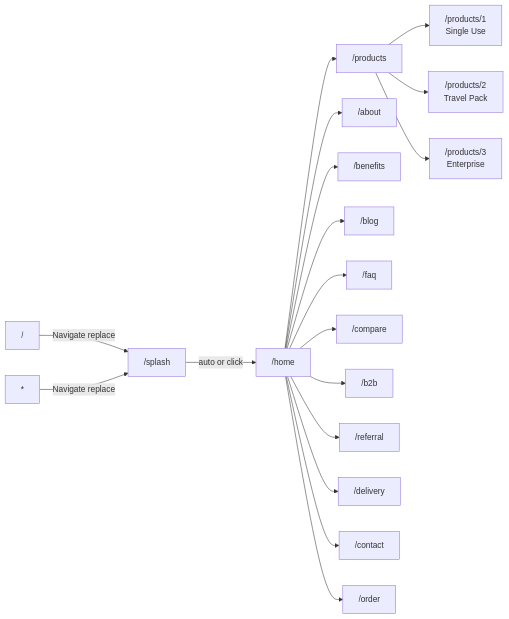
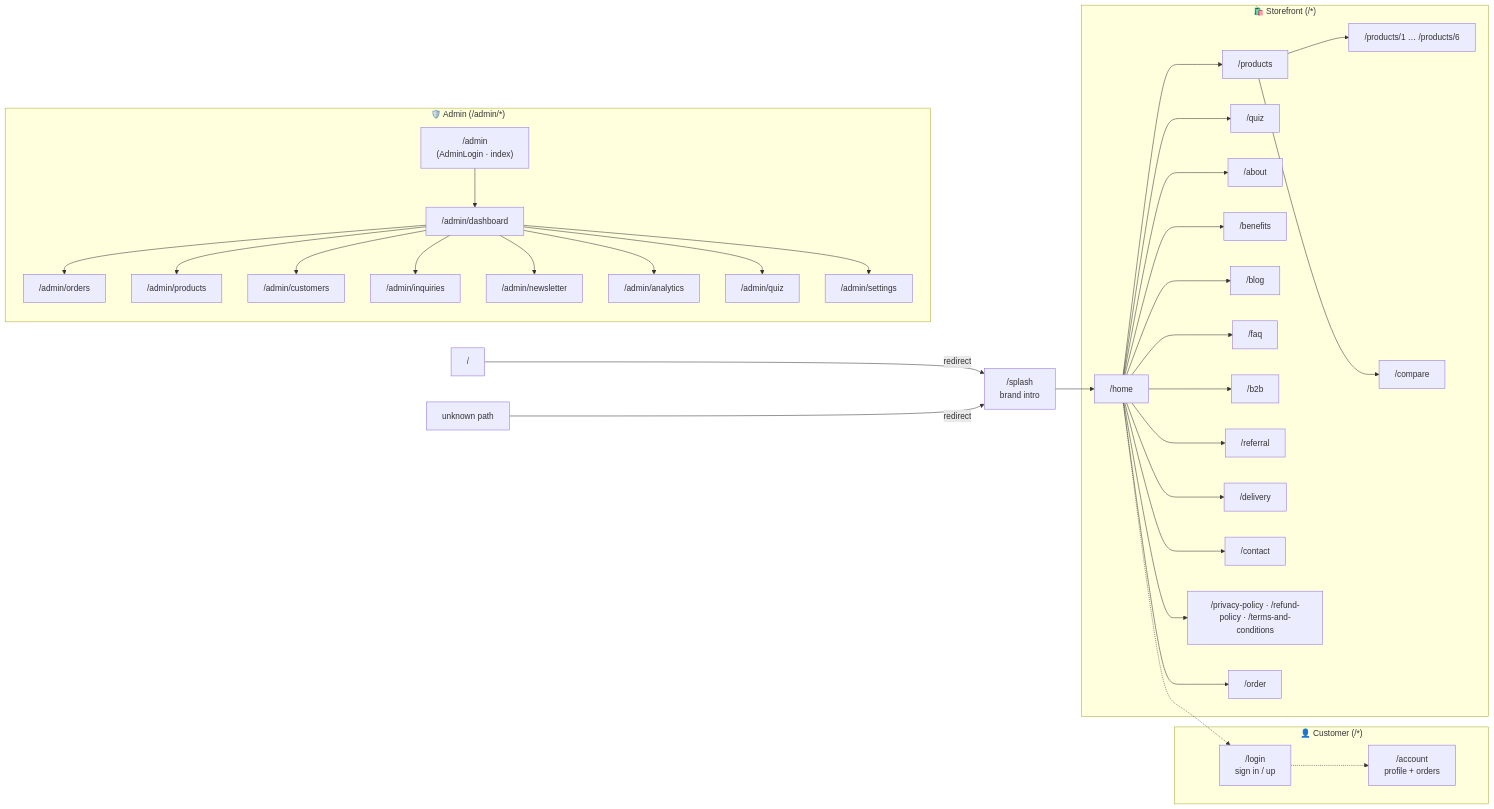
One commit to Aakashwije/INTIMATE_HYGIENE changed the third of 12 diagrams in README.md. Above: the diagram before and after it, drawn with Mermaid. The commit also changed other lines of this file and 7 other files, not shown here.

````diff
--- a/README.md
+++ b/README.md
@@ -250,23 +222,38 @@
 ```mermaid
 flowchart LR
-    root["/"] -->|Navigate replace| splash["/splash"]
-    splash -->|auto or click| home["/home"]
+    root["/"] -->|redirect| splash["/splash<br/>brand intro"]
+    splash --> home["/home"]
 
-    home --> products["/products"]
-    home --> about["/about"]
-    home --> benefits["/benefits"]
-    home --> blog["/blog"]
-    home --> faq["/faq"]
-    home --> compare["/compare"]
-    home --> b2b["/b2b"]
-    home --> referral["/referral"]
-    home --> delivery["/delivery"]
-    home --> contact["/contact"]
+    subgraph Store["🛍️ Storefront (/*)"]
+        home --> products["/products"]
+        products --> pd["/products/1 … /products/6"]
+        products --> compare["/compare"]
+        home --> quiz["/quiz"]
+        home --> about["/about"] & benefits["/benefits"] & blog["/blog"] & faq["/faq"]
+        home --> b2b["/b2b"] & referral["/referral"] & delivery["/delivery"] & contact["/contact"]
+        home --> policies["/privacy-policy · /refund-policy · /terms-and-conditions"]
+        home --> order["/order"]
+    end
 
-    products --> p1["/products/1<br/>Single Use"]
-    products --> p2["/products/2<br/>Travel Pack"]
-    products --> p3["/products/3<br/>Enterprise"]
+    subgraph Cust["👤 Customer (/*)"]
+        login["/login<br/>sign in / up"]
+        account["/account<br/>profile + orders"]
+    end
 
-    home --> order["/order"]
-    wildcard["*"] -->|Navigate replace| splash
+    subgraph Adm["🛡️ Admin (/admin/*)"]
+        adminidx["/admin<br/>(AdminLogin · index)"]
+        adminidx --> dash["/admin/dashboard"]
+        dash --> aorders["/admin/orders"]
+        dash --> aproducts["/admin/products"]
+        dash --> acustomers["/admin/customers"]
+        dash --> ainquiries["/admin/inquiries"]
+        dash --> anewsletter["/admin/newsletter"]
+        dash --> aanalytics["/admin/analytics"]
+        dash --> aquiz["/admin/quiz"]
+        dash --> asettings["/admin/settings"]
+    end
+
+    home -.-> login
+    login -.-> account
+    wildcard["unknown path"] -->|redirect| splash
 ```
````
